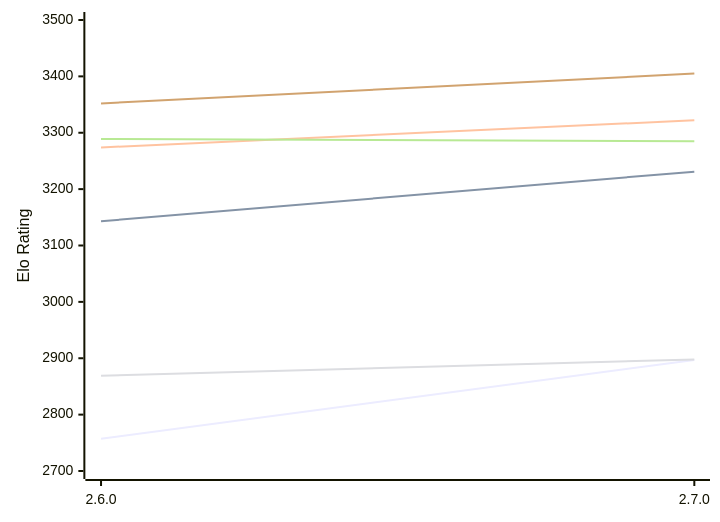
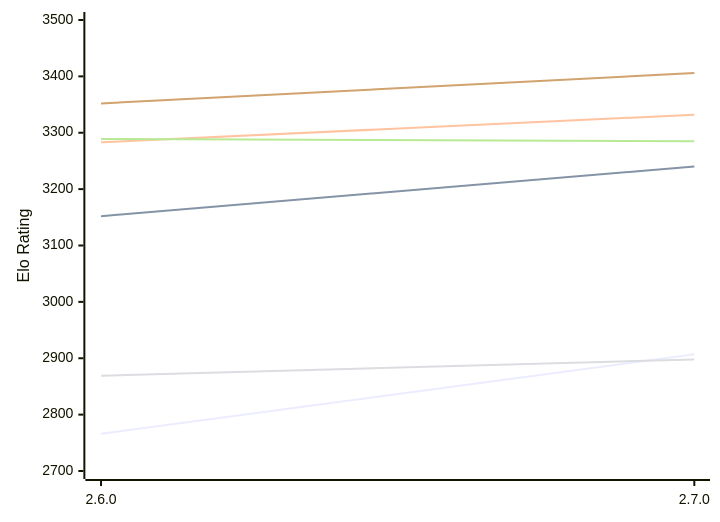
Before and after one commit to computer-chess-index/cci: the first of 2 diagrams in engines/Sturddle2.md, drawn with Mermaid. The commit also changed other lines of this file, not shown here.

Commit message:
Update CCI Ratings (ELO VLTC) - 2026-11-07

````diff
--- a/engines/Sturddle2.md
+++ b/engines/Sturddle2.md
@@ -51,12 +51,12 @@
 ```mermaid
 %%{init: {"theme":"base","themeVariables":{"seriesColors:['#a3a3a3','#222221','#faa371']}}}%%
 xychart-beta
   x-axis ["2.6.0", "2.7.0"]
   y-axis "Elo Rating" 2700 --> 3500
-  line "E1: STC (8.0+0.08s)" [2757, 2897]
-  line "E1: LTC (60.0+0.60s)" [3143, 3231]
-  line "E1: VLTC (2m24s+1.12s)" [3274, 3322]
+  line "E1: STC (8.0+0.08s)" [2766, 2907]
+  line "E1: LTC (60.0+0.60s)" [3152, 3240]
+  line "E1: VLTC (2m24s+1.12s)" [3283, 3332]
   line "P1: STC (8.0+0.08s)" [2869, 2898]
   line "P1: LTC (60.0+0.60s)" [3289, 3285]
-  line "P1: VLTC (2m24s+1.12s)" [3352, 3405]
+  line "P1: VLTC (2m24s+1.12s)" [3352, 3406]
 ```
````
